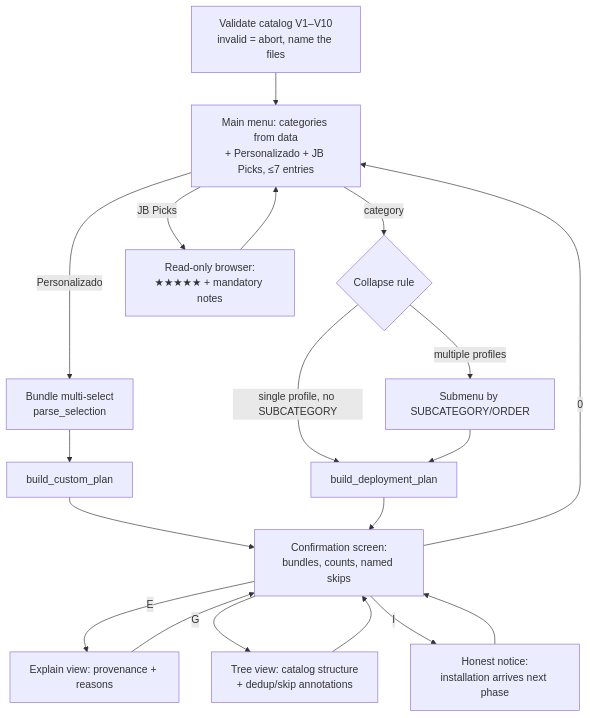
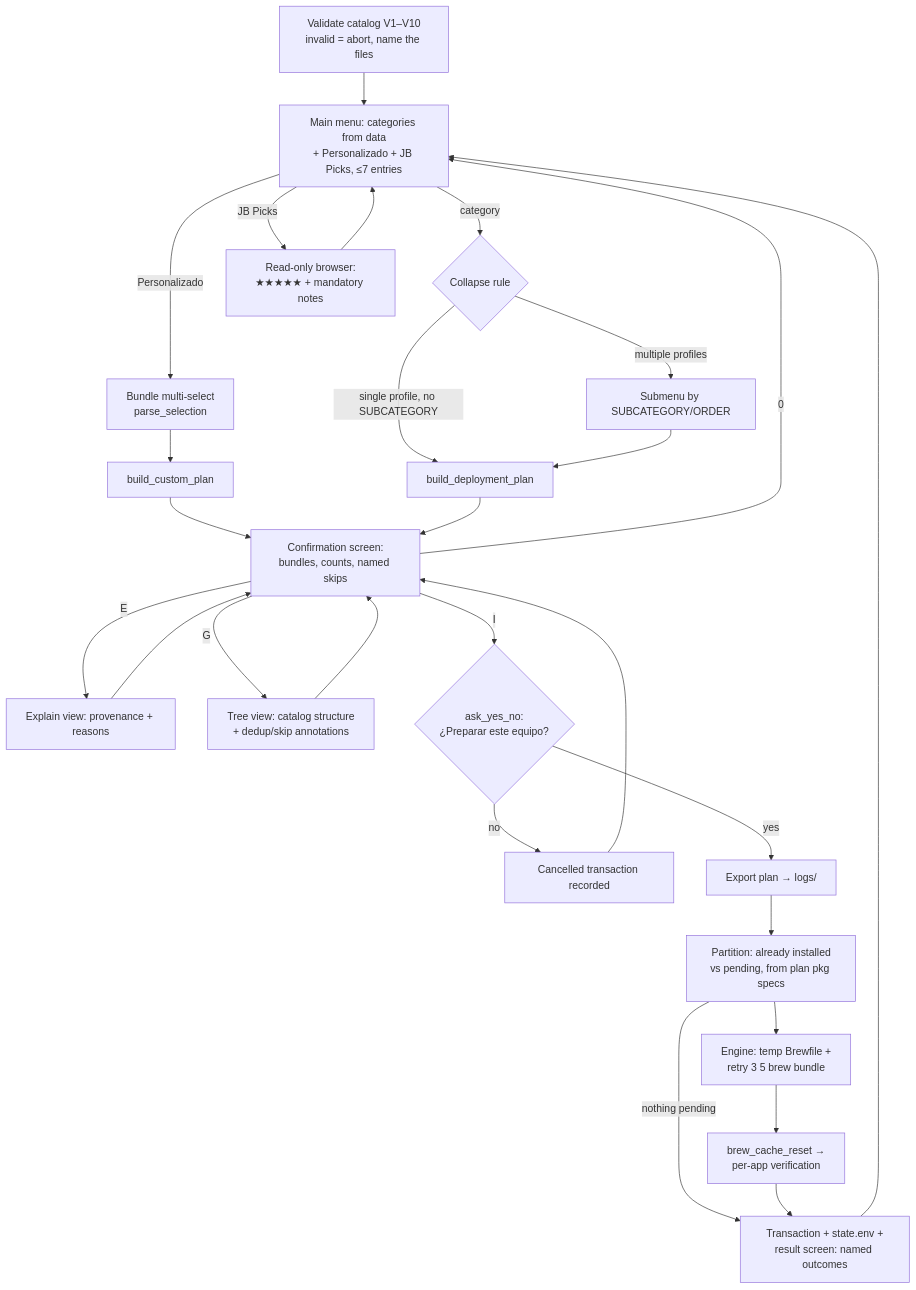
The fourth of 4 diagrams in docs/Execution-Flow.md (JorgeSucre/jb-ToolKit), drawn with Mermaid before and after one commit. The commit also changed other lines of this file and 18 other files, not shown here.

````diff
--- a/docs/Execution-Flow.md
+++ b/docs/Execution-Flow.md
@@ -112,14 +112,21 @@
 ```mermaid
 flowchart TD
     A[Validate catalog V1–V10<br/>invalid = abort, name the files] --> B[Main menu: categories from data<br/>+ Personalizado + JB Picks, ≤7 entries]
     B -->|category| C{Collapse rule}
     C -->|single profile, no SUBCATEGORY| E[build_deployment_plan]
     C -->|multiple profiles| D[Submenu by SUBCATEGORY/ORDER] --> E
     B -->|Personalizado| F[Bundle multi-select<br/>parse_selection] --> G[build_custom_plan] --> H
     B -->|JB Picks| P[Read-only browser:<br/>★★★★★ + mandatory notes] --> B
     E --> H[Confirmation screen:<br/>bundles, counts, named skips]
     H -->|E| X[Explain view: provenance + reasons] --> H
     H -->|G| T[Tree view: catalog structure<br/>+ dedup/skip annotations] --> H
-    H -->|I| N[Honest notice:<br/>installation arrives next phase] --> H
     H -->|0| B
+    H -->|I| GATE{ask_yes_no:<br/>¿Preparar este equipo?}
+    GATE -->|no| CANC[Cancelled transaction recorded] --> H
+    GATE -->|yes| EXPORT[Export plan → logs/] --> PART[Partition: already installed<br/>vs pending, from plan pkg specs]
+    PART -->|nothing pending| DONE
+    PART --> ENG[Engine: temp Brewfile +<br/>retry 3 5 brew bundle]
+    ENG --> VERIFY[brew_cache_reset →<br/>per-app verification]
+    VERIFY --> DONE[Transaction + state.env +<br/>result screen: named outcomes]
+    DONE --> B
 ```
````
